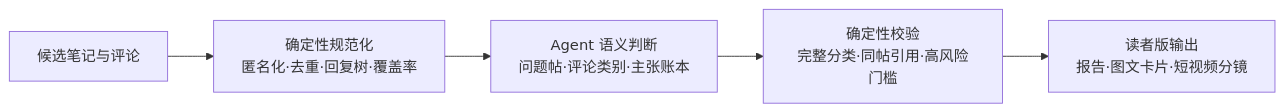
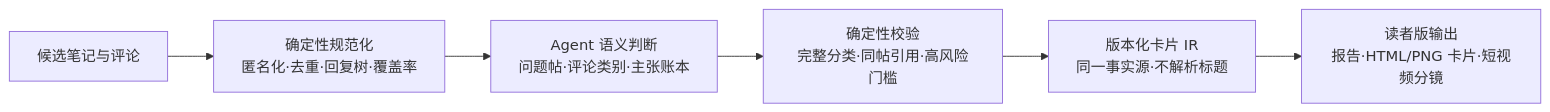
Before and after one commit to lingxuanqjc-alt/xhs-question-solutions: the diagram in README.md, drawn with Mermaid. The commit also changed other lines of this file and 39 other files, not shown here.

````diff
--- a/README.md
+++ b/README.md
@@ -46,7 +49,8 @@
 ```mermaid
 flowchart LR
     A["候选笔记与评论"] --> B["确定性规范化\n匿名化·去重·回复树·覆盖率"]
     B --> C["Agent 语义判断\n问题帖·评论类别·主张账本"]
     C --> D["确定性校验\n完整分类·同帖引用·高风险门槛"]
-    D --> E["读者版输出\n报告·图文卡片·短视频分镜"]
+    D --> E["版本化卡片 IR\n同一事实源·不解析标题"]
+    E --> F["读者版输出\n报告·HTML/PNG 卡片·短视频分镜"]
 ```
````
